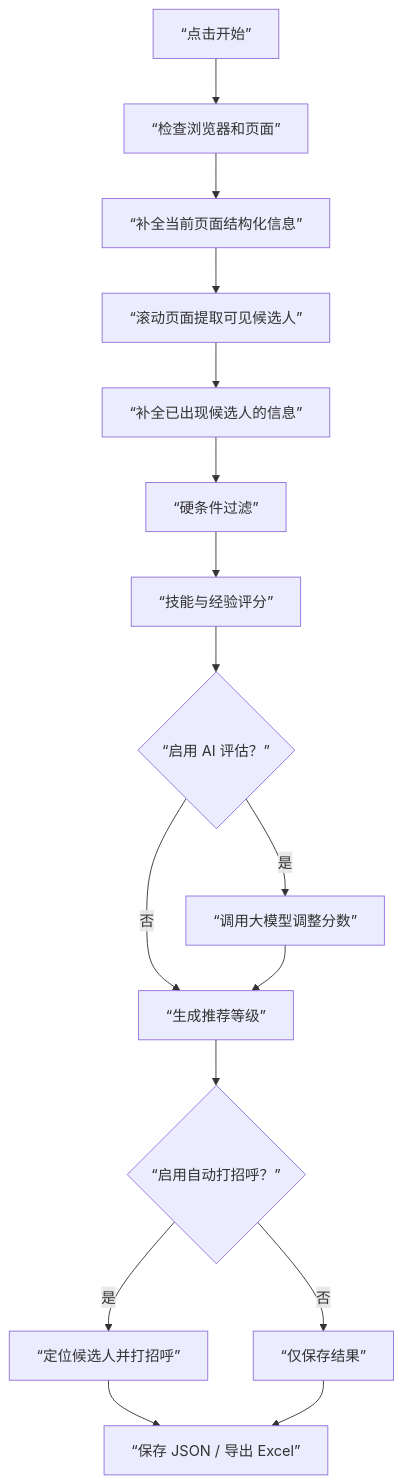
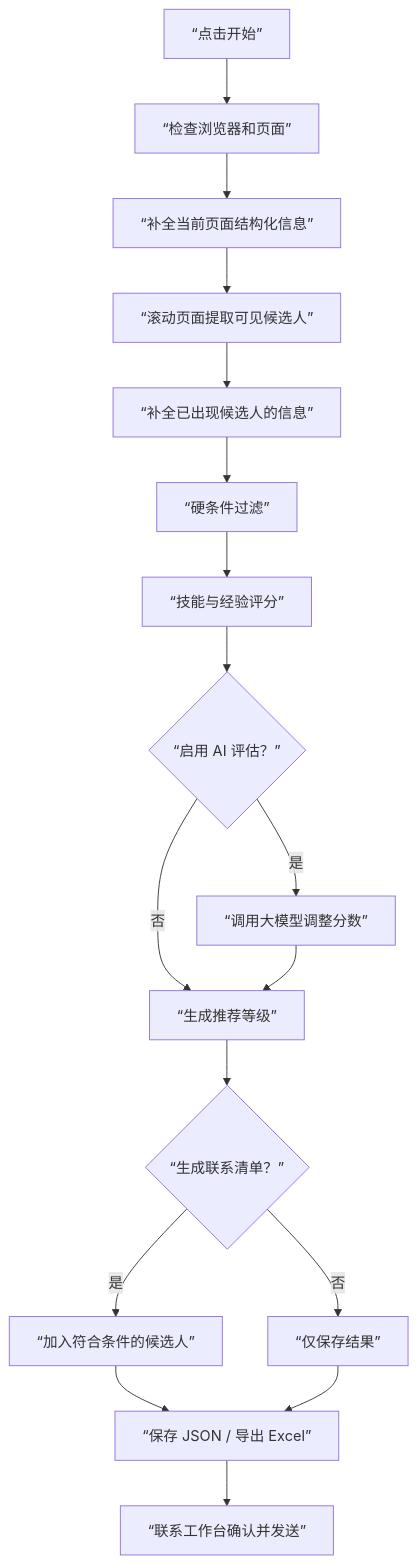
Before and after one commit to yaoyouzhong/boss-resume-filter: the second of 2 diagrams in docs/BOSS招聘系统操作说明-图文版.md, drawn with Mermaid. The commit also changed other lines of this file and 25 other files, not shown here.

````diff
--- a/docs/BOSS招聘系统操作说明-图文版.md
+++ b/docs/BOSS招聘系统操作说明-图文版.md
@@ -272,18 +272,19 @@
 ```mermaid
 flowchart TD
     A[“点击开始”] --> B[“检查浏览器和页面”]
     B --> C[“补全当前页面结构化信息”]
     C --> D[“滚动页面提取可见候选人”]
     D --> E[“补全已出现候选人的信息”]
     E --> J[“硬条件过滤”]
     J --> K[“技能与经验评分”]
     K --> L{“启用 AI 评估？”}
     L -- 是 --> M[“调用大模型调整分数”]
     L -- 否 --> N[“生成推荐等级”]
     M --> N
-    N --> O{“启用自动打招呼？”}
-    O -- 是 --> P[“定位候选人并打招呼”]
+    N --> O{“生成联系清单？”}
+    O -- 是 --> P[“加入符合条件的候选人”]
     O -- 否 --> Q[“仅保存结果”]
     P --> R[“保存 JSON / 导出 Excel”]
     Q --> R
+    R --> S[“联系工作台确认并发送”]
 ```
````
